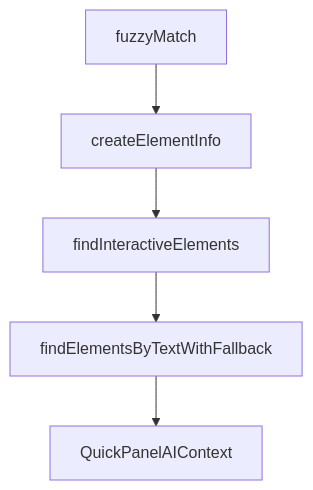
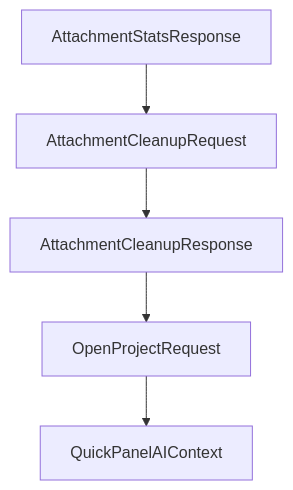
Before and after one commit to johnxie/awesome-code-docs: the diagram in tutorials/mcp-chrome-tutorial/08-contribution-release-and-runtime-operations.md, drawn with Mermaid. The commit also changed other lines of this file and 1232 other files, not shown here.

````diff
--- a/tutorials/mcp-chrome-tutorial/08-contribution-release-and-runtime-operations.md
+++ b/tutorials/mcp-chrome-tutorial/08-contribution-release-and-runtime-operations.md
@@ -212,12 +190,12 @@
 ```mermaid
 flowchart TD
-    A[fuzzyMatch]
-    B[createElementInfo]
-    C[findInteractiveElements]
-    D[findElementsByTextWithFallback]
+    A[AttachmentStatsResponse]
+    B[AttachmentCleanupRequest]
+    C[AttachmentCleanupResponse]
+    D[OpenProjectRequest]
     E[QuickPanelAIContext]
     A --> B
     B --> C
     C --> D
     D --> E
 ```
````
